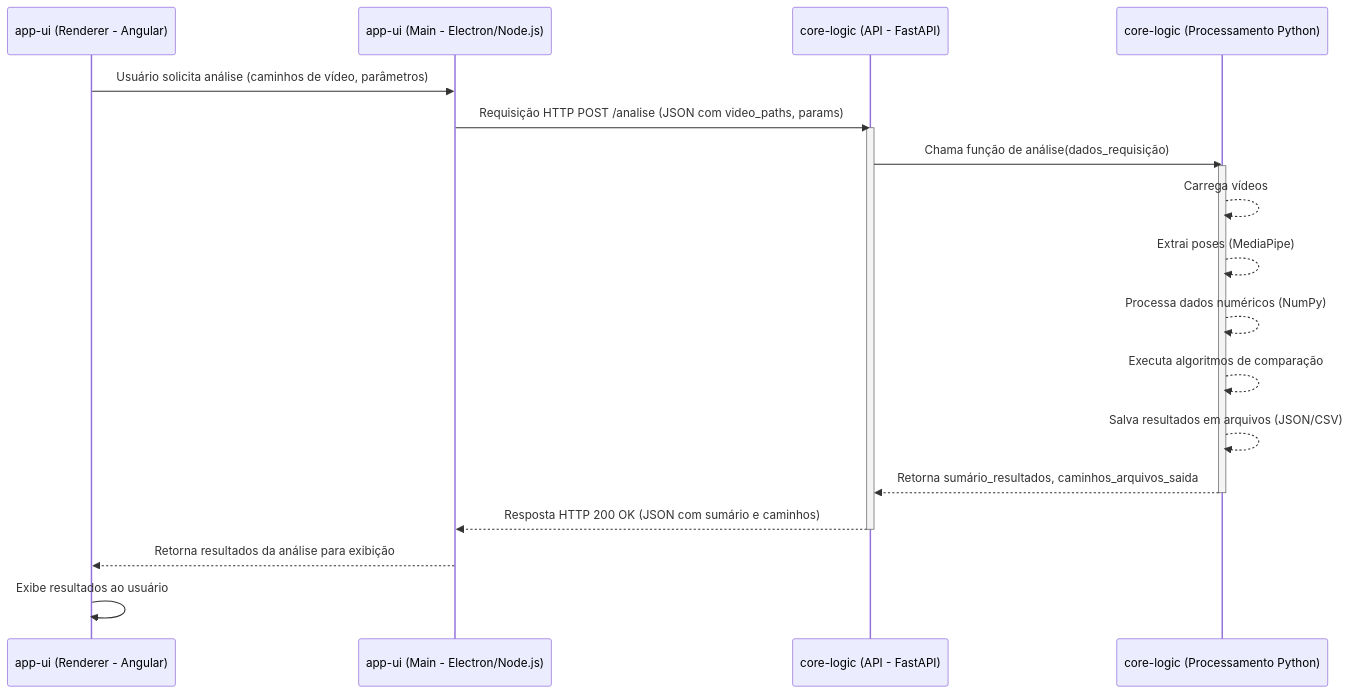
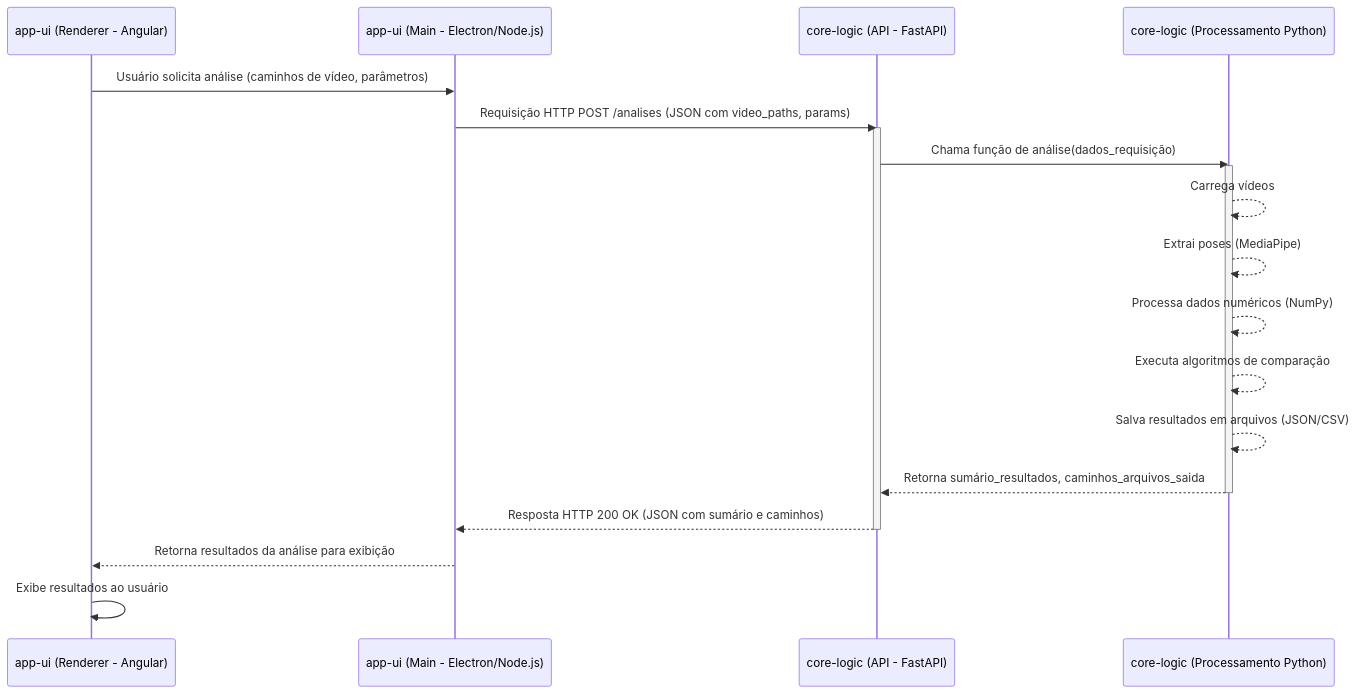
One commit to NicolasSampaio/MotionCompare-Sistema-de-Analise-Comparativa-de-Movimentos-em-Video changed the fourth of 4 diagrams in docs/Architecture.md. Above: the diagram before and after it, drawn with Mermaid. The commit also changed other lines of this file and 2 other files, not shown here.

Commit message:
feat: update architecture and frontend documentation to reflect new asynchronous processing patterns and API changes, including detailed error handling and validation for file paths

````diff
--- a/docs/Architecture.md
+++ b/docs/Architecture.md
@@ -389,24 +557,24 @@
 ```mermaid
 sequenceDiagram
     participant AppUI_Renderer as app-ui (Renderer - Angular)
     participant AppUI_Main as app-ui (Main - Electron/Node.js)
     participant CoreLogic_API as core-logic (API - FastAPI)
     participant CoreLogic_Processing as core-logic (Processamento Python)
 
     AppUI_Renderer->>AppUI_Main: Usuário solicita análise (caminhos de vídeo, parâmetros)
-    AppUI_Main->>CoreLogic_API: Requisição HTTP POST /analise (JSON com video_paths, params)
+    AppUI_Main->>CoreLogic_API: Requisição HTTP POST /analises (JSON com video_paths, params)
     activate CoreLogic_API
     CoreLogic_API->>CoreLogic_Processing: Chama função de análise(dados_requisição)
     activate CoreLogic_Processing
     CoreLogic_Processing-->>CoreLogic_Processing: Carrega vídeos
     CoreLogic_Processing-->>CoreLogic_Processing: Extrai poses (MediaPipe)
     CoreLogic_Processing-->>CoreLogic_Processing: Processa dados numéricos (NumPy)
     CoreLogic_Processing-->>CoreLogic_Processing: Executa algoritmos de comparação
     CoreLogic_Processing-->>CoreLogic_Processing: Salva resultados em arquivos (JSON/CSV)
     CoreLogic_Processing-->>CoreLogic_API: Retorna sumário_resultados, caminhos_arquivos_saida
     deactivate CoreLogic_Processing
     CoreLogic_API-->>AppUI_Main: Resposta HTTP 200 OK (JSON com sumário e caminhos)
     deactivate CoreLogic_API
     AppUI_Main-->>AppUI_Renderer: Retorna resultados da análise para exibição
     AppUI_Renderer->>AppUI_Renderer: Exibe resultados ao usuário
 ```
````
